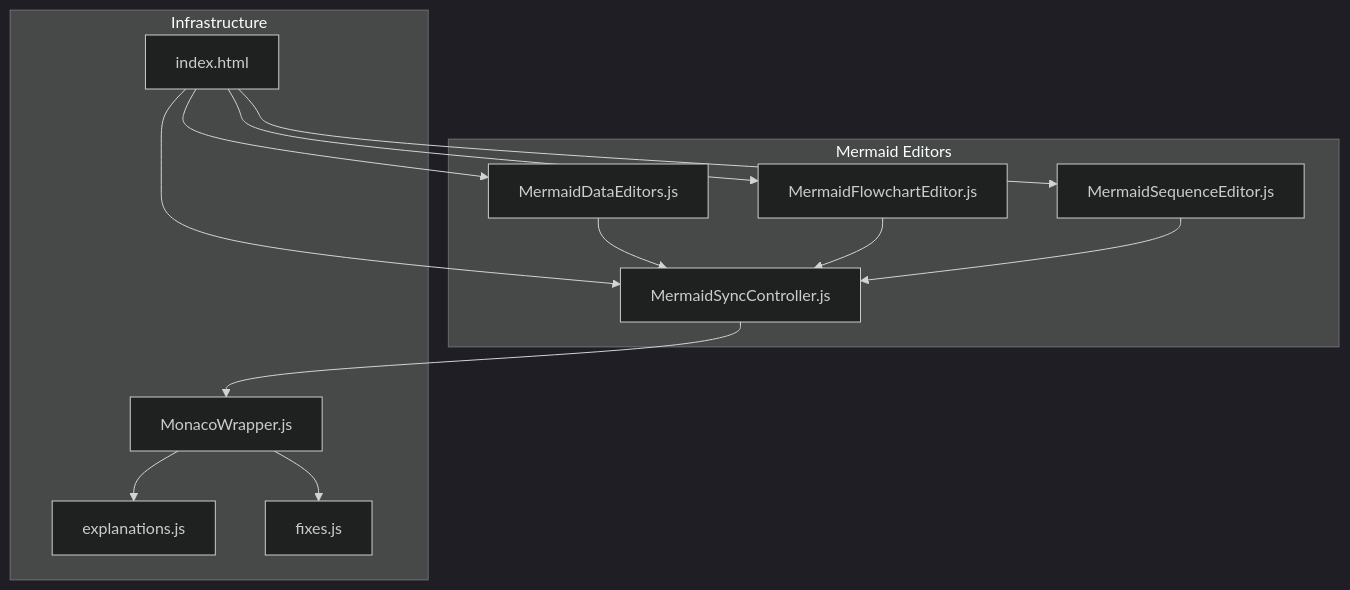
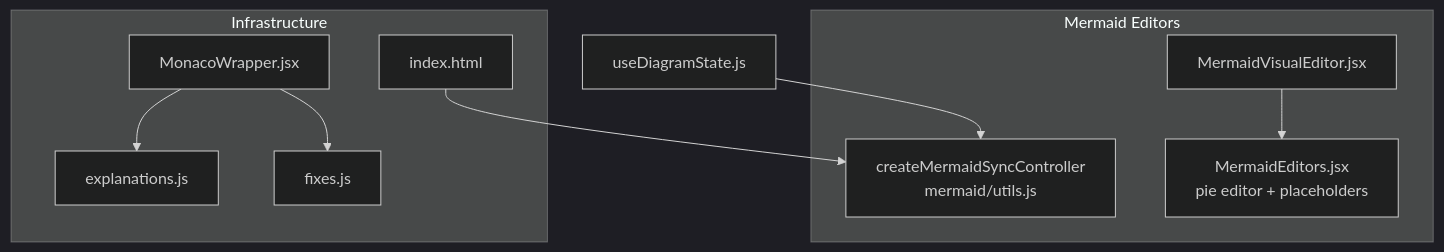
Before and after one commit to ongchonghian/universal-diagram-editor: the tenth of 10 diagrams in .qoder/repowiki/en/content/Diagram Types and Formats/Mermaid Diagrams/Advanced Chart Types.md, drawn with Mermaid (dark theme). The commit also changed other lines of this file and 31 other files, not shown here.

````diff
--- a/.qoder/repowiki/en/content/Diagram Types and Formats/Mermaid Diagrams/Advanced Chart Types.md
+++ b/.qoder/repowiki/en/content/Diagram Types and Formats/Mermaid Diagrams/Advanced Chart Types.md
@@ -306,25 +261,19 @@
 ```mermaid
 graph TB
 subgraph "Mermaid Editors"
-MDE["MermaidDataEditors.js"]
-MFE["MermaidFlowchartEditor.js"]
-MSE["MermaidSequenceEditor.js"]
-MSC["MermaidSyncController.js"]
+MVE["MermaidVisualEditor.jsx"]
+MED["MermaidEditors.jsx<br/>pie editor + placeholders"]
+MSC["createMermaidSyncController<br/>mermaid/utils.js"]
 end
 subgraph "Infrastructure"
-MW["MonacoWrapper.js"]
+MW["MonacoWrapper.jsx"]
 EX["explanations.js"]
 FX["fixes.js"]
 IDX["index.html"]
 end
-IDX --> MDE
-IDX --> MFE
-IDX --> MSE
 IDX --> MSC
-MDE --> MSC
-MFE --> MSC
-MSE --> MSC
+MVE --> MED
 MW --> EX
 MW --> FX
-MSC --> MW
+UDS["useDiagramState.js"] --> MSC
 ```
````
